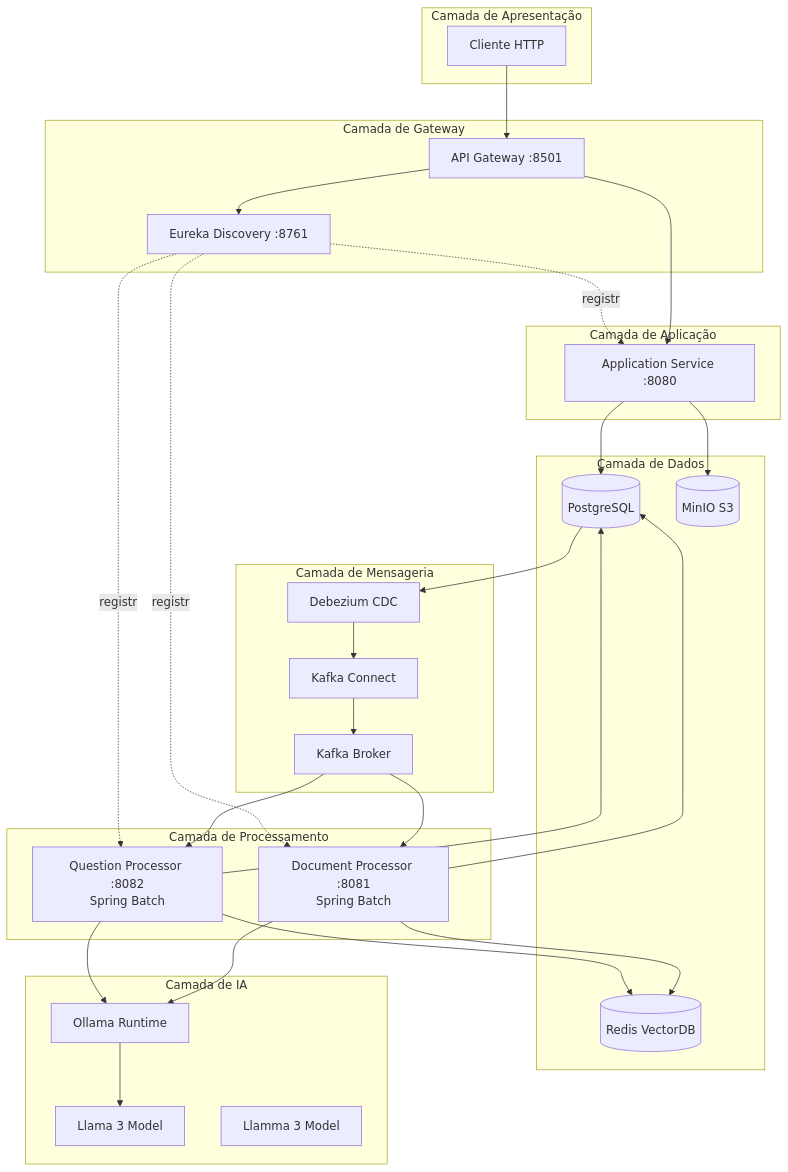
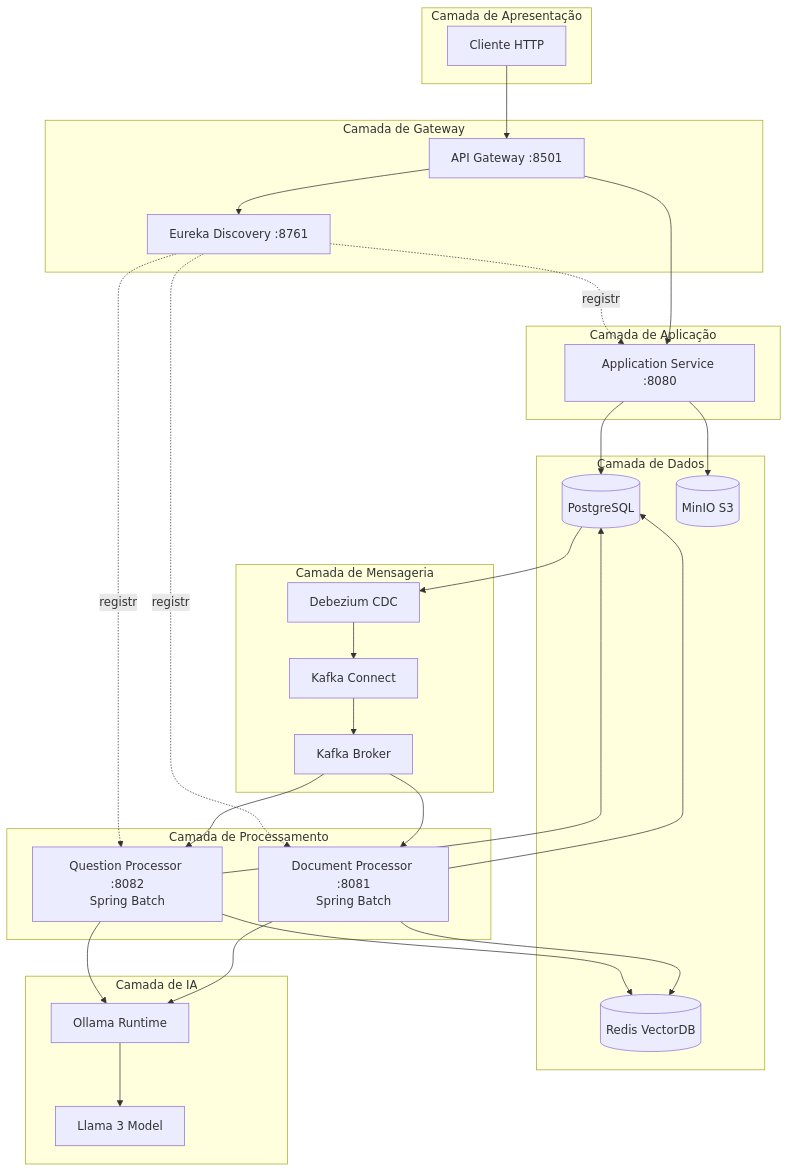
The first of 7 diagrams in ARCHITECTURE.md (halissonmartins/IADoc), drawn with Mermaid before and after one commit.

Commit message:
correção no Diagrama de Componentes

````diff
--- a/ARCHITECTURE.md
+++ b/ARCHITECTURE.md
@@ -24,66 +24,65 @@
 ```mermaid
 graph TB
     subgraph "Camada de Apresentação"
         Client[Cliente HTTP]
     end
     
     subgraph "Camada de Gateway"
         Gateway[API Gateway :8501]
         Discovery[Eureka Discovery :8761]
     end
     
     subgraph "Camada de Aplicação"
         AppService[Application Service :8080]
     end
     
     subgraph "Camada de Processamento"
         DocProcessor[Document Processor :8081<br/>Spring Batch]
         QuestProcessor[Question Processor :8082<br/>Spring Batch]
     end
     
     subgraph "Camada de Dados"
         PostgreSQL[(PostgreSQL)]
         Redis[(Redis VectorDB)]
         MinIO[(MinIO S3)]
     end
     
     subgraph "Camada de Mensageria"
         Kafka[Kafka Broker]
         KafkaConnect[Kafka Connect]
         Debezium[Debezium CDC]
     end
     
     subgraph "Camada de IA"
         Ollama[Ollama Runtime]
         Llama3[Llama 3 Model]
-        Llamma3[Llamma 3 Model]
     end
     
     Client --> Gateway
     Gateway --> Discovery
     Gateway --> AppService
     
     AppService --> PostgreSQL
     AppService --> MinIO
     
     PostgreSQL --> Debezium
     Debezium --> KafkaConnect
     KafkaConnect --> Kafka
     
     Kafka --> DocProcessor
     Kafka --> QuestProcessor
     
     DocProcessor --> PostgreSQL
     DocProcessor --> Redis
     DocProcessor --> Ollama
     
     QuestProcessor --> PostgreSQL
     QuestProcessor --> Redis
     QuestProcessor --> Ollama
     
     Ollama --> Llama3
     
     Discovery -.registro.-> AppService
     Discovery -.registro.-> DocProcessor
     Discovery -.registro.-> QuestProcessor
 ```
````
